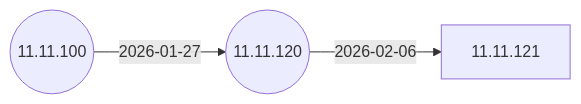
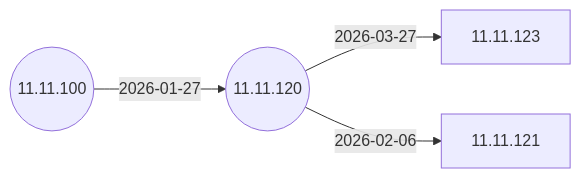
One commit to IGEL-Community/IGEL-Docs-v02 changed the second of 7 diagrams in docs/Docs/ReleaseNotes/01-OS11/README.md. Above: the diagram before and after it, drawn with Mermaid. The commit also changed 2 other files, not shown here.

Commit message:
11.11.123 from 11.11.120 11.11.123 from 11.11.120

````diff
--- a/docs/Docs/ReleaseNotes/01-OS11/README.md
+++ b/docs/Docs/ReleaseNotes/01-OS11/README.md
@@ -42,9 +42,11 @@
 ```mermaid
 flowchart LR
+    11.11.120-- 2026-03-27 -->11.11.123
     11.11.120-- 2026-02-06 -->11.11.121
     11.11.100-- 2026-01-27 -->11.11.120((11.11.120))
     11.11.100((11.11.100))
+    click 11.11.123 "https://github.com/IGEL-Community/IGEL-Docs-v02/tree/main/docs/Docs/ReleaseNotes/01-OS11/readme11.11.123.txt" _blank
     click 11.11.121 "https://github.com/IGEL-Community/IGEL-Docs-v02/tree/main/docs/Docs/ReleaseNotes/01-OS11/readme11.11.121.txt" _blank
     click 11.11.120 "https://github.com/IGEL-Community/IGEL-Docs-v02/tree/main/docs/Docs/ReleaseNotes/01-OS11/readme11.11.120.txt" _blank
     click 11.11.100 "https://github.com/IGEL-Community/IGEL-Docs-v02/tree/main/docs/Docs/ReleaseNotes/01-OS11/readme11.11.100.txt" _blank
 ```
````
